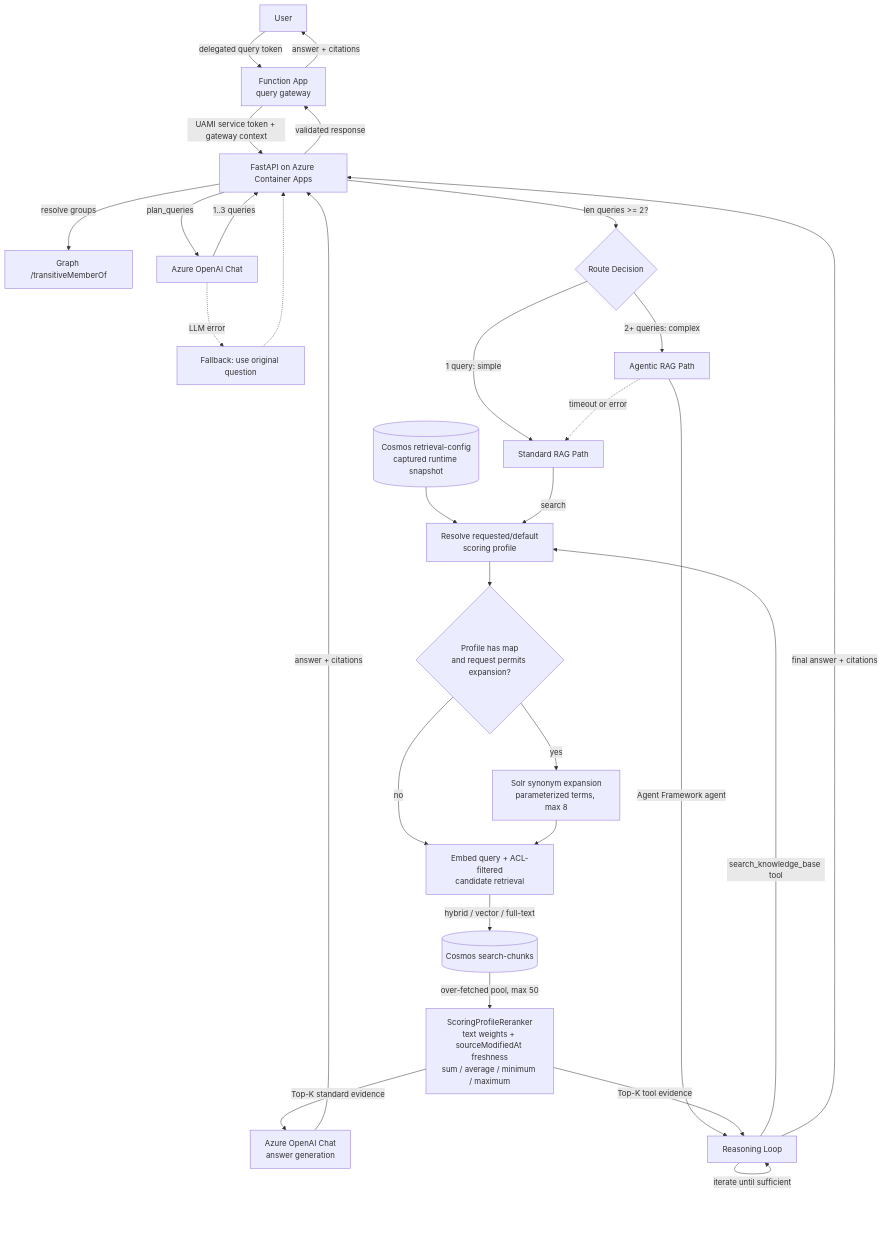
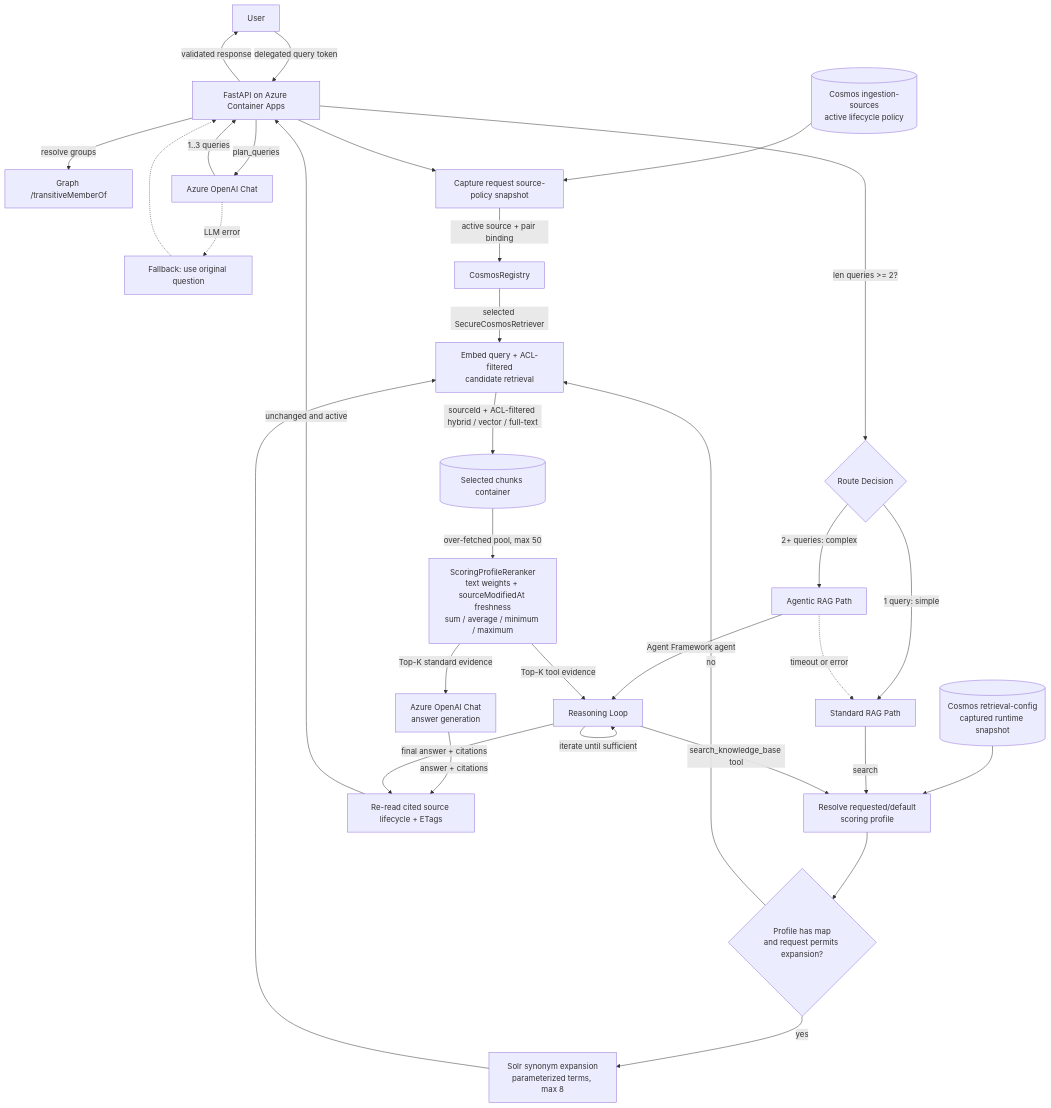
The tenth of 14 diagrams in docs/ARCHITECTURE.md (HariVamsiChittari1/enterprise-rag-pipeline), drawn with Mermaid before and after one commit. The commit also changed other lines of this file and 129 other files, not shown here.

````diff
--- a/docs/ARCHITECTURE.md
+++ b/docs/ARCHITECTURE.md
@@ -512,33 +791,36 @@
 ```mermaid
 flowchart TD
-    User -->|delegated query token| FuncProxy[Function App<br/>query gateway]
-    FuncProxy -->|UAMI service token + gateway context| RAG[FastAPI on Azure Container Apps]
+    User -->|delegated query token| RAG[FastAPI on Azure Container Apps]
     RAG -->|resolve groups| Graph[Graph /transitiveMemberOf]
+    Sources[(Cosmos ingestion-sources<br/>active lifecycle policy)] --> Policy[Capture request source-policy snapshot]
+    RAG --> Policy
     RAG -->|plan_queries| OpenAI1[Azure OpenAI Chat]
     OpenAI1 -->|1..3 queries| RAG
     OpenAI1 -.->|LLM error| Fallback[Fallback: use original question]
     Fallback -.-> RAG
     RAG -->|len queries >= 2?| Decision{Route Decision}
     Decision -->|1 query: simple| Standard[Standard RAG Path]
     Decision -->|2+ queries: complex| Agentic[Agentic RAG Path]
 
     Config[(Cosmos retrieval-config<br/>captured runtime snapshot)] --> Profile[Resolve requested/default<br/>scoring profile]
     Standard -->|search| Profile
     Profile --> SynonymGate{Profile has map<br/>and request permits expansion?}
     SynonymGate -->|yes| Synonyms[Solr synonym expansion<br/>parameterized terms, max 8]
     SynonymGate -->|no| Retrieve[Embed query + ACL-filtered<br/>candidate retrieval]
     Synonyms --> Retrieve
-    Retrieve -->|hybrid / vector / full-text| Cosmos[(Cosmos search-chunks)]
+    Policy -->|active source + pair binding| Pair[CosmosRegistry]
+    Pair -->|selected SecureCosmosRetriever| Retrieve
+    Retrieve -->|sourceId + ACL-filtered hybrid / vector / full-text| Cosmos[(Selected chunks container)]
     Cosmos -->|over-fetched pool, max 50| Rerank[ScoringProfileReranker<br/>text weights + sourceModifiedAt freshness<br/>sum / average / minimum / maximum]
     Rerank -->|Top-K standard evidence| OpenAI2[Azure OpenAI Chat<br/>answer generation]
-    OpenAI2 -->|answer + citations| RAG
+    OpenAI2 -->|answer + citations| Revalidate[Re-read cited source lifecycle + ETags]
+    Revalidate -->|unchanged and active| RAG
 
     Agentic -->|Agent Framework agent| AgentLoop[Reasoning Loop]
     AgentLoop -->|search_knowledge_base tool| Profile
     Rerank -->|Top-K tool evidence| AgentLoop
     AgentLoop -->|iterate until sufficient| AgentLoop
-    AgentLoop -->|final answer + citations| RAG
-    RAG -->|validated response| FuncProxy
-    FuncProxy -->|answer + citations| User
+    AgentLoop -->|final answer + citations| Revalidate
+    RAG -->|validated response| User
     Agentic -.->|timeout or error| Standard
 ```
````
